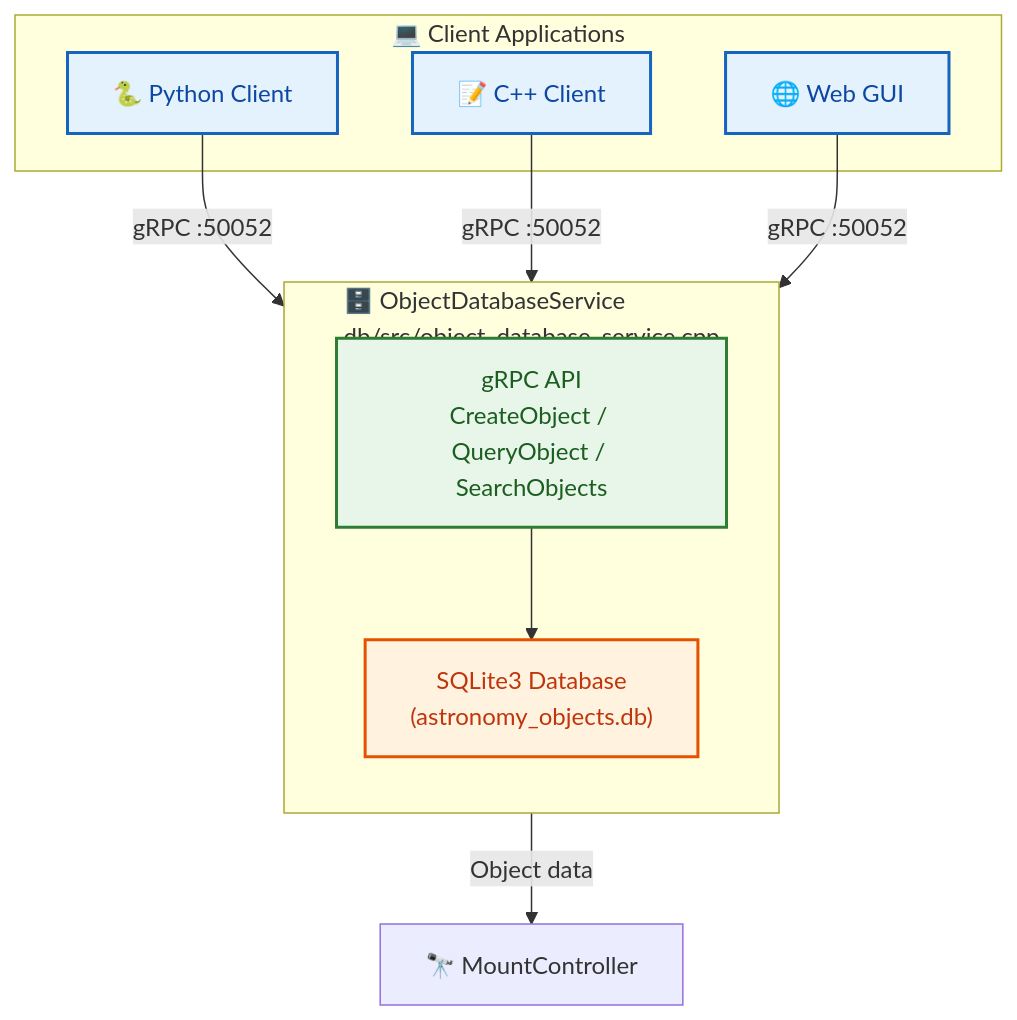
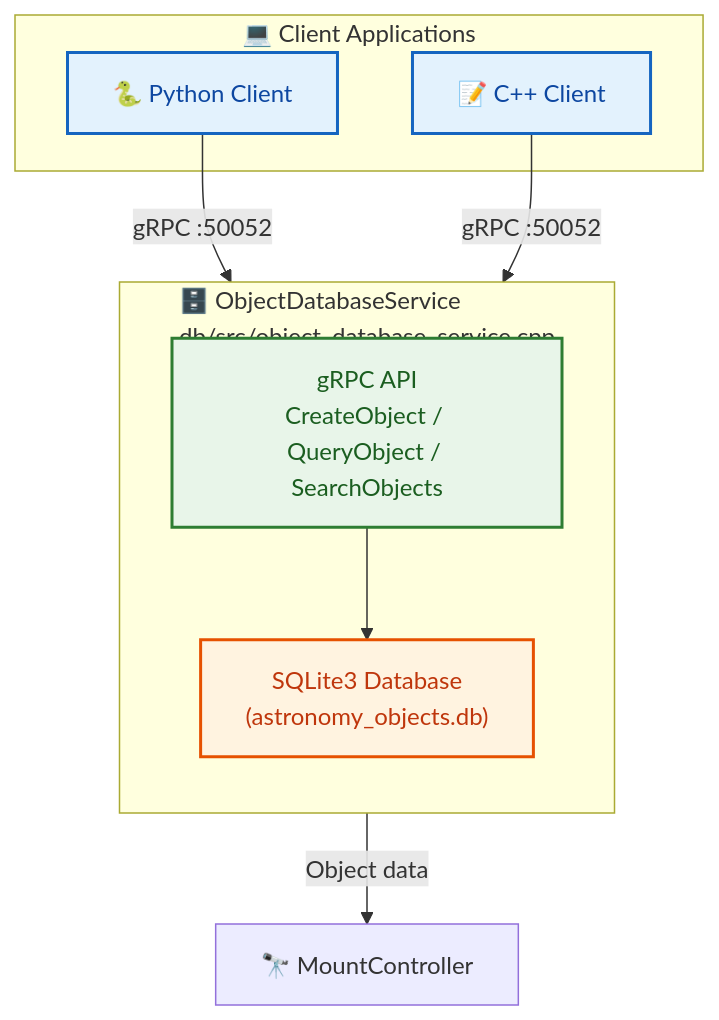
Before and after one commit to pielaszkiewicz-jacek/astro_mount_control: the diagram in docs/en/api.md, drawn with Mermaid. The commit also changed 32 other files, not shown here.

````diff
--- a/docs/en/api.md
+++ b/docs/en/api.md
@@ -1095,25 +1095,23 @@
 ```mermaid
 flowchart TB
     classDef clients fill:#e3f2fd,stroke:#1565c0,stroke-width:2px,color:#0d47a1
     classDef service fill:#e8f5e9,stroke:#2e7d32,stroke-width:2px,color:#1b5e20
     classDef storage fill:#fff3e0,stroke:#e65100,stroke-width:2px,color:#bf360c
 
     subgraph CLIENTS["💻 Client Applications"]
         PY["🐍 Python Client"]:::clients
         CPP["📝 C++ Client"]:::clients
-        WEB["🌐 Web GUI"]:::clients
     end
     
     PY -->|"gRPC :50052"| DBSRV
     CPP -->|"gRPC :50052"| DBSRV
-    WEB -->|"gRPC :50052"| DBSRV
     
     subgraph DBSRV["🗄️ ObjectDatabaseService<br/>db/src/object_database_service.cpp"]
         direction TB
         API["gRPC API<br/>CreateObject / QueryObject / SearchObjects"]:::service
         DB["SQLite3 Database<br/>(astronomy_objects.db)"]:::storage
         API --> DB
     end
     
     DBSRV -->|"Object data"| MOUNT["🔭 MountController"]
 ```
````
